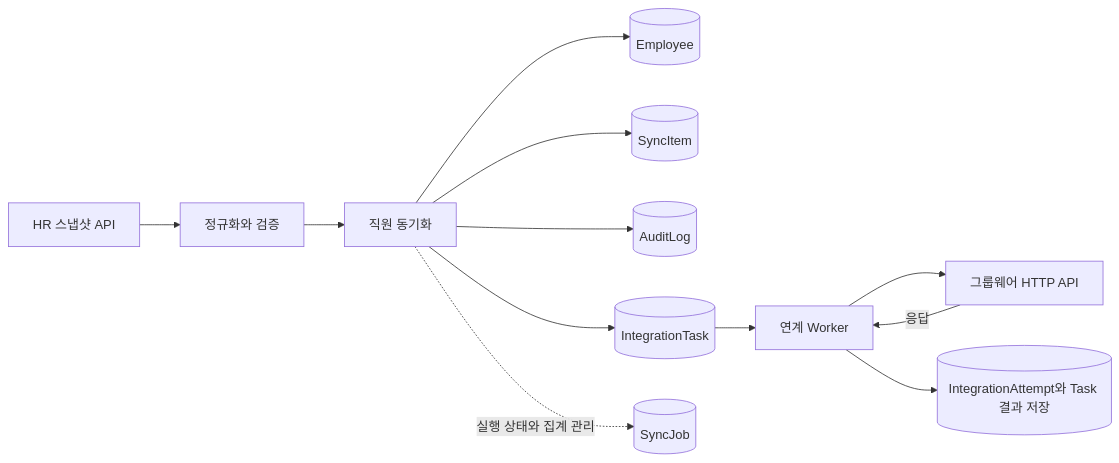
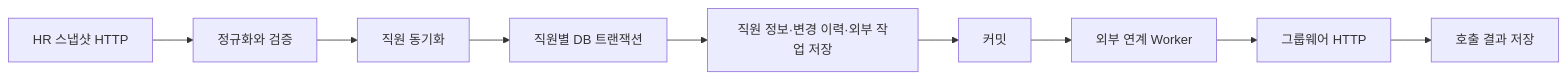
One commit to kimsooin77/Sync changed the first of 3 diagrams in README.md. Above: the diagram before and after it, drawn with Mermaid. The commit also changed other lines of this file and 3 other files, not shown here.

````diff
--- a/README.md
+++ b/README.md
@@ -21,14 +19,11 @@
 ```mermaid
 flowchart LR
-    HR[HR 스냅샷 API] --> Normalize[정규화와 검증]
+    HR[HR 스냅샷 HTTP] --> Normalize[정규화와 검증]
     Normalize --> Sync[직원 동기화]
-    Sync --> Employee[(Employee)]
-    Sync --> Item[(SyncItem)]
-    Sync --> Audit[(AuditLog)]
-    Sync --> Task[(IntegrationTask)]
-    Task --> Worker[연계 Worker]
-    Worker --> Groupware[그룹웨어 HTTP API]
-    Groupware -- 응답 --> Worker
-    Worker --> Result[(IntegrationAttempt와 Task 결과 저장)]
-    Sync -. 실행 상태와 집계 관리 .-> Job[(SyncJob)]
+    Sync --> Tx[직원별 DB 트랜잭션]
+    Tx --> Store[직원 정보·변경 이력·외부 작업 저장]
+    Store --> Commit[커밋]
+    Commit --> Worker[외부 연계 Worker]
+    Worker --> Groupware[그룹웨어 HTTP]
+    Groupware --> Result[호출 결과 저장]
 ```
````
